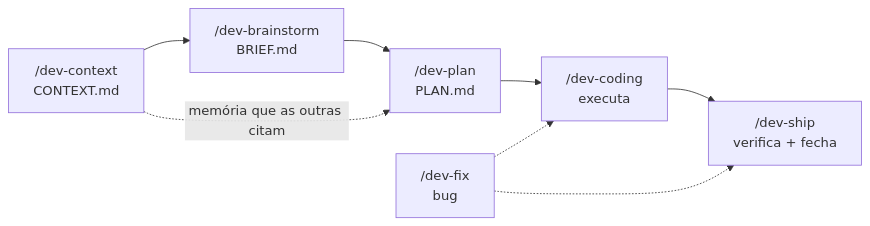
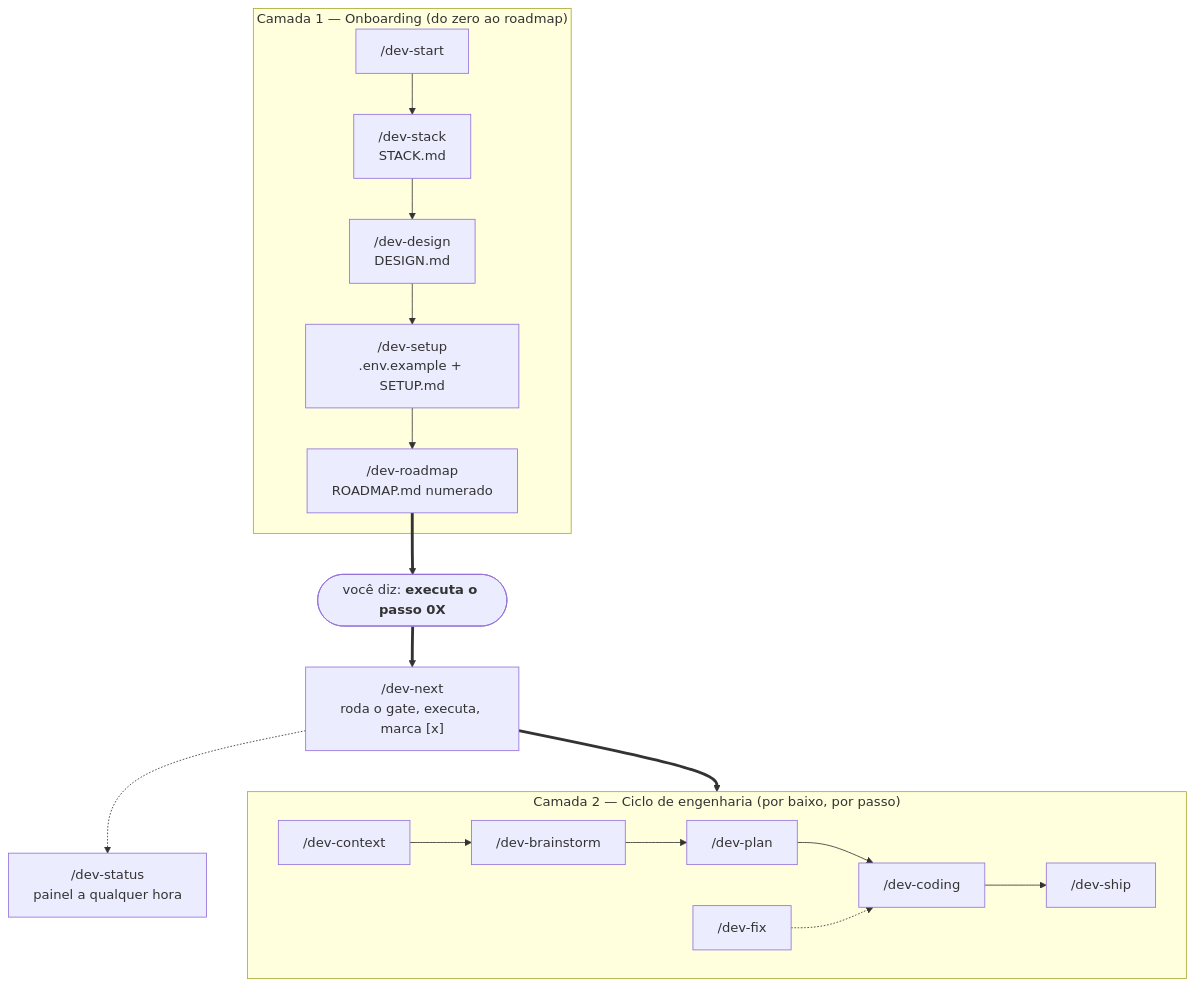
One commit to Marcelover777/solodev-v2 changed the diagram in README.md. Above: the diagram before and after it, drawn with Mermaid. The commit also changed other lines of this file and 37 other files, not shown here.

````diff
--- a/README.md
+++ b/README.md
@@ -13,10 +21,20 @@
 ```mermaid
-flowchart LR
-    CTX["/dev-context<br/>CONTEXT.md"] --> BS["/dev-brainstorm<br/>BRIEF.md"]
-    BS --> PL["/dev-plan<br/>PLAN.md"]
-    PL --> CD["/dev-coding<br/>executa"]
-    CD --> SH["/dev-ship<br/>verifica + fecha"]
-    FIX["/dev-fix<br/>bug"] -.-> CD
-    FIX -.-> SH
-    CTX -. "memória que as outras citam" .-> PL
+flowchart TB
+    subgraph ON["Camada 1 — Onboarding (do zero ao roadmap)"]
+        START["/dev-start"] --> STACK["/dev-stack<br/>STACK.md"]
+        STACK --> DESIGN["/dev-design<br/>DESIGN.md"]
+        DESIGN --> SETUP["/dev-setup<br/>.env.example + SETUP.md"]
+        SETUP --> ROADMAP["/dev-roadmap<br/>ROADMAP.md numerado"]
+    end
+    ROADMAP ==> VERB(["você diz: <b>executa o passo 0X</b>"])
+    VERB ==> NEXT["/dev-next<br/>roda o gate, executa, marca [x]"]
+    subgraph CY["Camada 2 — Ciclo de engenharia (por baixo, por passo)"]
+        CTX["/dev-context"] --> BS["/dev-brainstorm"]
+        BS --> PL["/dev-plan"]
+        PL --> CD["/dev-coding"]
+        CD --> SH["/dev-ship"]
+        FIX["/dev-fix"] -.-> CD
+    end
+    NEXT ==> CY
+    NEXT -.-> STATUS["/dev-status<br/>painel a qualquer hora"]
 ```
````
